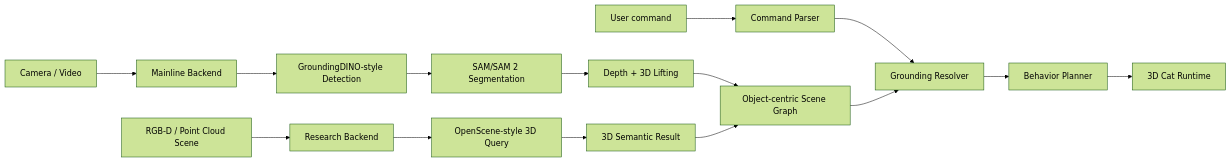
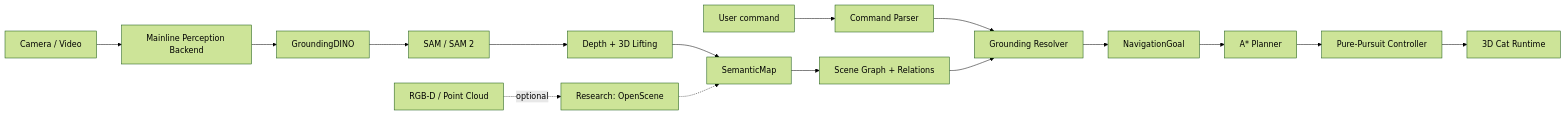
One commit to SoWiEee/3D-pet-agent changed the second of 2 diagrams in docs/spec.md. Above: the diagram before and after it, drawn with Mermaid (forest theme). The commit also changed other lines of this file and 10 other files, not shown here.

````diff
--- a/docs/spec.md
+++ b/docs/spec.md
@@ -324,20 +231,21 @@
 ```mermaid
 flowchart LR
   U[User command] --> CP[Command Parser]
   CP --> GR[Grounding Resolver]
 
-  CAM[Camera / Video] --> MB[Mainline Backend]
-  MB --> M1[GroundingDINO-style Detection]
-  M1 --> M2[SAM/SAM 2 Segmentation]
+  CAM[Camera / Video] --> MB[Mainline Perception Backend]
+  MB --> M1[GroundingDINO]
+  M1 --> M2[SAM / SAM 2]
   M2 --> M3[Depth + 3D Lifting]
-  M3 --> OSG[Object-centric Scene Graph]
+  M3 --> SM[SemanticMap]
 
-  DATA[RGB-D / Point Cloud Scene] --> RB[Research Backend]
-  RB --> R1[OpenScene-style 3D Query]
-  R1 --> R2[3D Semantic Result]
-  R2 --> OSG
+  DATA[RGB-D / Point Cloud] -.optional.-> RB[Research: OpenScene]
+  RB -.-> SM
 
+  SM --> OSG[Scene Graph + Relations]
   OSG --> GR
-  GR --> BP[Behavior Planner]
-  BP --> PET[3D Cat Runtime]
+  GR --> NG[NavigationGoal]
+  NG --> PL[A* Planner]
+  PL --> CT[Pure-Pursuit Controller]
+  CT --> PET[3D Cat Runtime]
 ```
````
